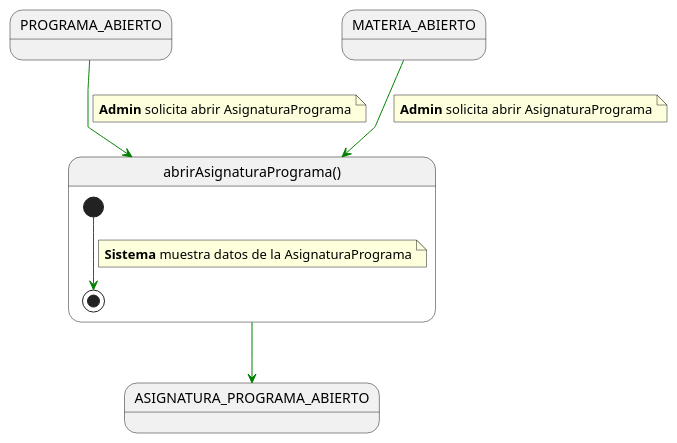
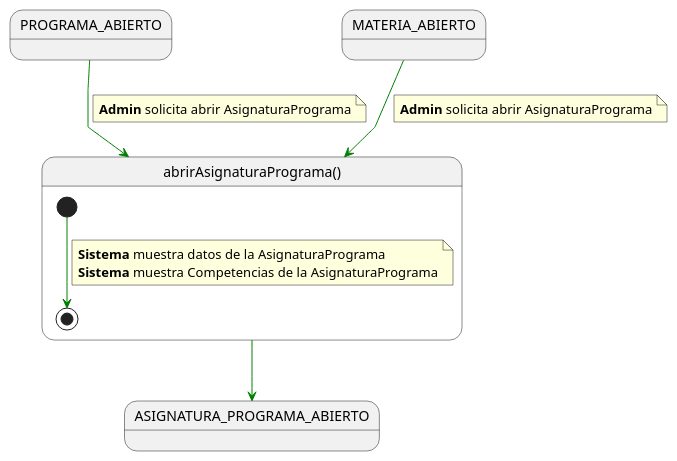
One commit to mmasias/pyCeldaPublico changed the diagram in RUP/01-requisitos/03-detalle-casos-uso/abrirAsignaturaPrograma/especificacion.puml. Above: the diagram before and after it, drawn with PlantUML. The commit also changed 573 other files, not shown here.

```diff
--- a/RUP/01-requisitos/03-detalle-casos-uso/abrirAsignaturaPrograma/especificacion.puml
+++ b/RUP/01-requisitos/03-detalle-casos-uso/abrirAsignaturaPrograma/especificacion.puml
@@ -1,29 +1,30 @@
 @startuml abrirAsignaturaPrograma
 
 skinparam linetype polyline
 
 state PROGRAMA_ABIERTO
 state MATERIA_ABIERTO
 state ASIGNATURA_PROGRAMA_ABIERTO
 
 PROGRAMA_ABIERTO -[#green]-> abrirAsignaturaPrograma
 note on link
 <b>Admin</b> solicita abrir AsignaturaPrograma
 end note
 
 MATERIA_ABIERTO -[#green]-> abrirAsignaturaPrograma
 note on link
 <b>Admin</b> solicita abrir AsignaturaPrograma
 end note
 
 state abrirAsignaturaPrograma as "abrirAsignaturaPrograma()" {
 
     [*] -[#green]-> [*]
     note on link
     <b>Sistema</b> muestra datos de la AsignaturaPrograma
+    <b>Sistema</b> muestra Competencias de la AsignaturaPrograma
     end note
 }
 
 abrirAsignaturaPrograma -[#green]-> ASIGNATURA_PROGRAMA_ABIERTO
 
 @enduml
```
